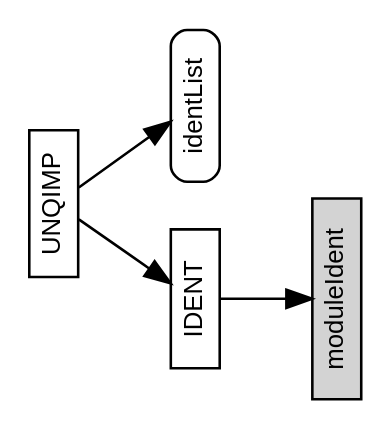
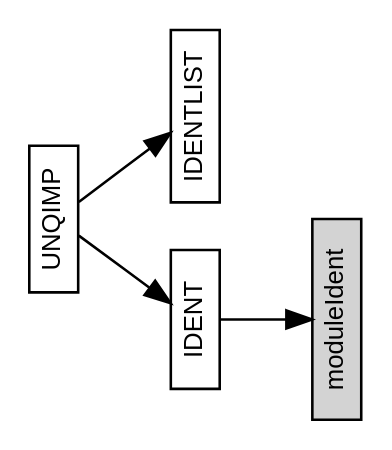
The diagram in unqimp.dot (m2sf/M2-AST-Node-Diagrams), drawn with Graphviz before and after one commit. The commit also changed 1 other file, not shown here.

```diff
--- a/unqimp.dot
+++ b/unqimp.dot
@@ -1,67 +1,64 @@
 /* AST node diagram generator script collection for M2C, M2J and M2Sharp.
  *
  * Copyright (c) 2016 The Modula-2 Software Foundation
  *
  * Author & Maintainer: Benjamin Kowarsch <org.m2sf>
  *
  * @synopsis
  *
  * The M2C, M2J and M2Sharp compilers are multi-dialect Modula-2 translators
  * and compilers respectively targeting C99, Java/JVM and C#/CLR, sharing a
  * common abstract syntax tree (AST) specification.
  *
  * The AST node diagram generator script collection consists of Graphviz DOT
  * descriptions for all AST node types of the common AST specification.
  *
  * The Graphviz dot utility is required to generate the diagrams. 
  * It may be obtained from http://www.graphviz.org/download.php.
  *
  * @repository
  *
  * https://github.com/m2sf/m2-ast-node-diagrams
  *
  * @file
  *
  * unqimp.dot
  *
  * UNQIMP node diagram.
  *
  * Usage: $ dot unqimp.dot -Tps > unqimp.ps
  *
  * @license
  *
  * This is free software: you can redistribute and/or modify it under the
  * terms of the GNU Lesser General Public License (LGPL) either version 2.1
  * or at your choice version 3 as published by the Free Software Foundation.
  * However, you may not alter the copyright, author and license information.
  *
  * It is distributed in the hope that it will be useful,  but WITHOUT
  * ANY WARRANTY; without even the implied warranty of MERCHANTABILITY or
  * FITNESS FOR A PARTICULAR PURPOSE.  Read the license for more details.
  *
  * You should have received a copy of the GNU Lesser General Public License.
  * If not, see <https://www.gnu.org/copyleft/lesser.html>.
  *
  * NB: Components in the domain part of email addresses are in reverse order.
  */
 
 /*** UNQIMP Node ***/
 
 digraph UNQIMP {
   graph [orientation=landscape,fontname=helvetica];
   node [fontname=helvetica,fontsize=10,shape=box,height=0.25];
   
   node [style=solid];
   edge [arrowhead=normal];
-  UNQIMP -> id0;
+  UNQIMP -> { id0 id1 };
   id0 [label="IDENT"];
+  id1 [label="IDENTLIST"];
   
-  id0 -> { "moduleIdent" };
-  moduleIdent [style=filled,fillcolor=lightgrey];
-  
-  node [style=rounded];
-  UNQIMP -> idlist0;
-  idlist0 [label="identList"];
+  id0 -> id2;
+  id2 [label="moduleIdent",style=filled,fillcolor=lightgrey];
 }
 
 /* END OF FILE */
```
